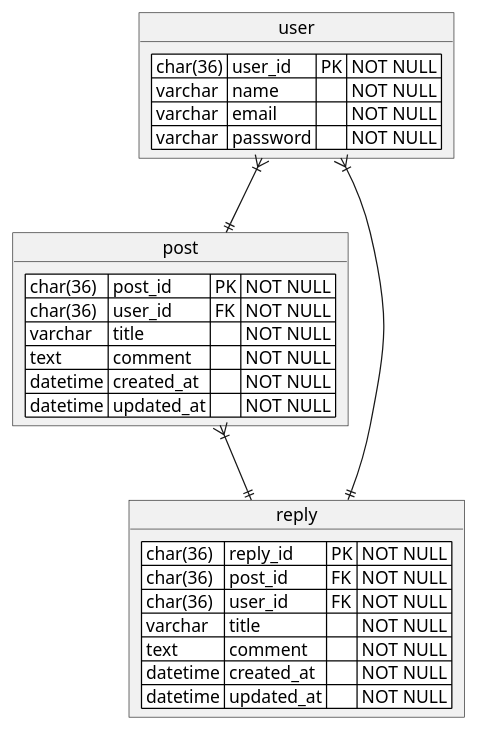
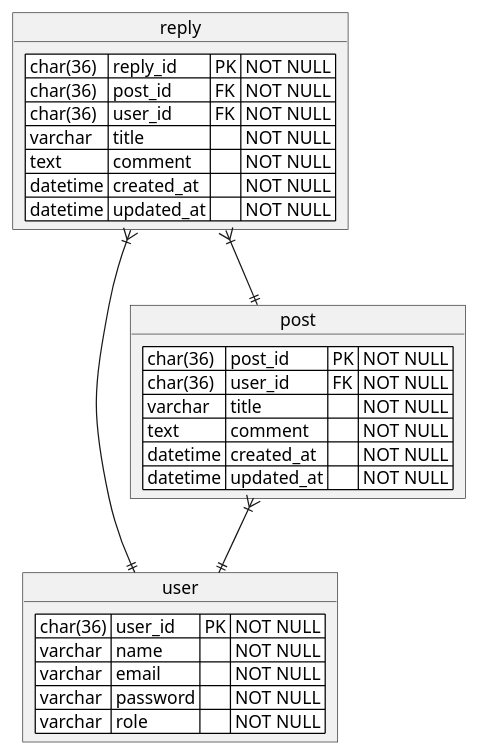
Before and after one commit to vol4-Team22/Docs: the diagram in database/erd.puml, drawn with PlantUML. The commit also changed 1 other file, not shown here.

```diff
--- a/database/erd.puml
+++ b/database/erd.puml
@@ -1,33 +1,36 @@
 @startuml
 
 object user {
 <#white>| char(36) | user_id | PK | NOT NULL |
 <#white>| varchar | name | | NOT NULL |
 <#white>| varchar | email |  | NOT NULL |
 <#white>| varchar | password |  | NOT NULL |
+<#white>| varchar | role |  | NOT NULL |
 }
 
 object post {
 <#white>| char(36) | post_id | PK | NOT NULL |
 <#white>| char(36) | user_id | FK | NOT NULL |
 <#white>| varchar | title |  | NOT NULL |
 <#white>| text | comment |  | NOT NULL |
 <#white>| datetime | created_at |  | NOT NULL |
 <#white>| datetime | updated_at |  | NOT NULL |
 }
 
 object reply {
 <#white>| char(36) | reply_id | PK | NOT NULL |
 <#white>| char(36) | post_id | FK | NOT NULL |
 <#white>| char(36) | user_id | FK | NOT NULL |
 <#white>| varchar | title |  | NOT NULL |
 <#white>| text | comment |  | NOT NULL |
 <#white>| datetime | created_at |  | NOT NULL |
 <#white>| datetime | updated_at |  | NOT NULL |
 }
-post }|--|| reply
-user }|--|| reply
-user }|--|| post
+
+post }|--|| user
+reply }|--|| post
+reply }|--|| user
+
 
 
 @enduml
```
